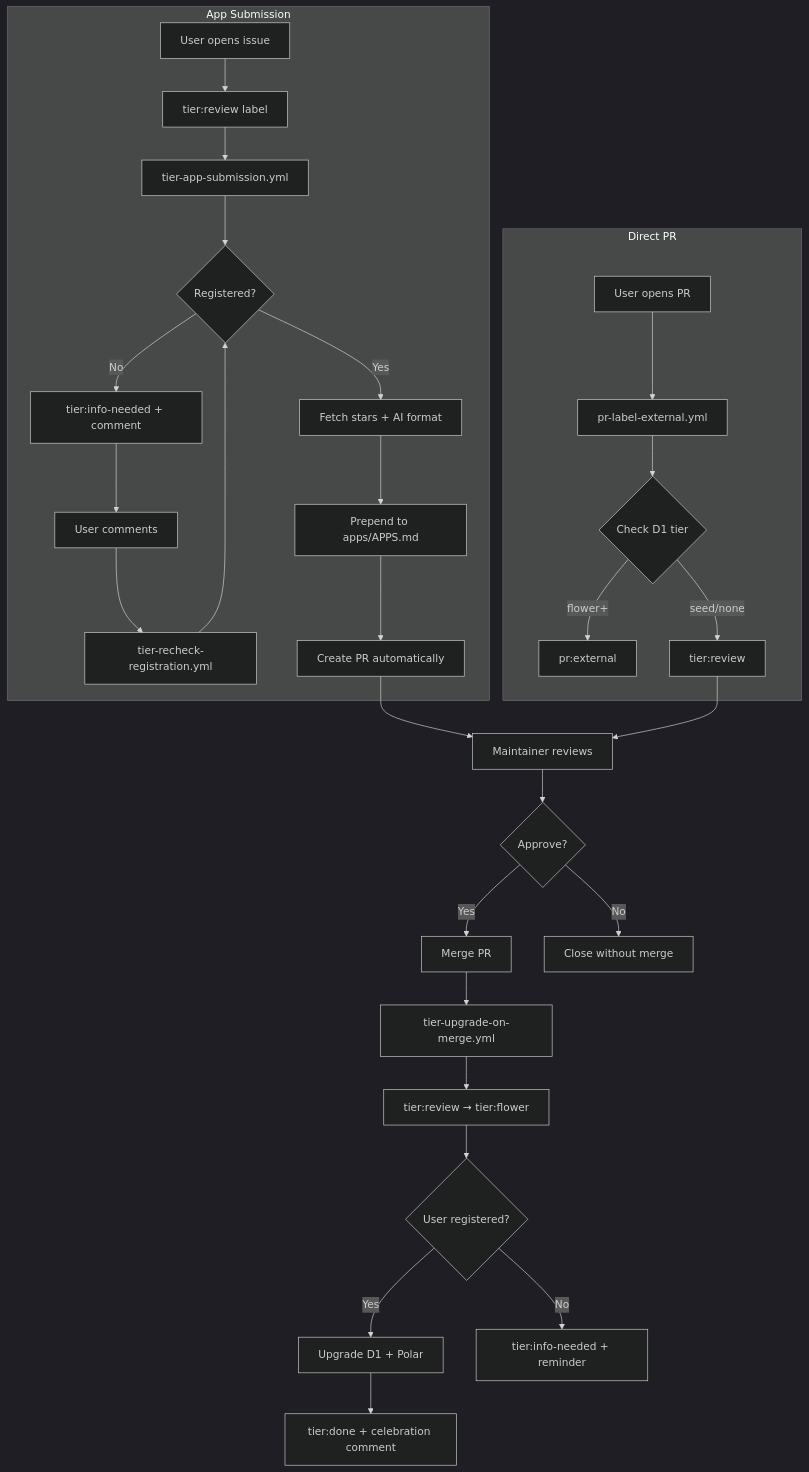
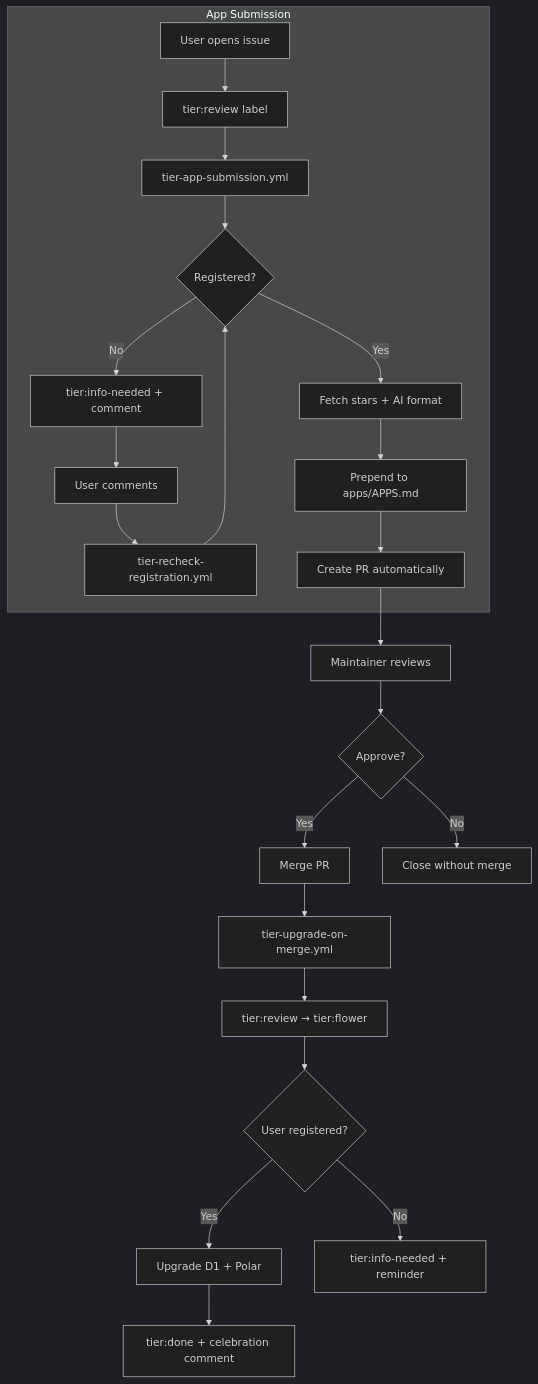
Before and after one commit to pollinations/pollinations: the diagram in .github/docs/TIER-UPGRADE.md, drawn with Mermaid. The commit also changed other lines of this file and 4 other files, not shown here.

````diff
--- a/.github/docs/TIER-UPGRADE.md
+++ b/.github/docs/TIER-UPGRADE.md
@@ -67,37 +42,29 @@
 ```mermaid
 %%{init: {'theme': 'dark'}}%%
 flowchart TD
     subgraph APP["App Submission"]
         A1[User opens issue] --> A2[tier:review label]
         A2 --> A3[tier-app-submission.yml]
         A3 --> A4{Registered?}
         A4 -->|No| A5[tier:info-needed + comment]
         A5 --> A6[User comments]
         A6 --> A7[tier-recheck-registration.yml]
         A7 --> A4
         A4 -->|Yes| A8[Fetch stars + AI format]
         A8 --> A9[Prepend to apps/APPS.md]
         A9 --> A10[Create PR automatically]
     end
 
-    subgraph PR["Direct PR"]
-        B1[User opens PR] --> B2[pr-label-external.yml]
-        B2 --> B3{Check D1 tier}
-        B3 -->|flower+| B4[pr:external]
-        B3 -->|seed/none| B5[tier:review]
-    end
-
     A10 --> C[Maintainer reviews]
-    B5 --> C
 
     C --> D{Approve?}
     D -->|Yes| E[Merge PR]
     D -->|No| F[Close without merge]
 
     E --> G[tier-upgrade-on-merge.yml]
     G --> G1[tier:review → tier:flower]
     G1 --> I{User registered?}
     I -->|Yes| J[Upgrade D1 + Polar]
     J --> K[tier:done + celebration comment]
     I -->|No| L[tier:info-needed + reminder]
 ```
````
